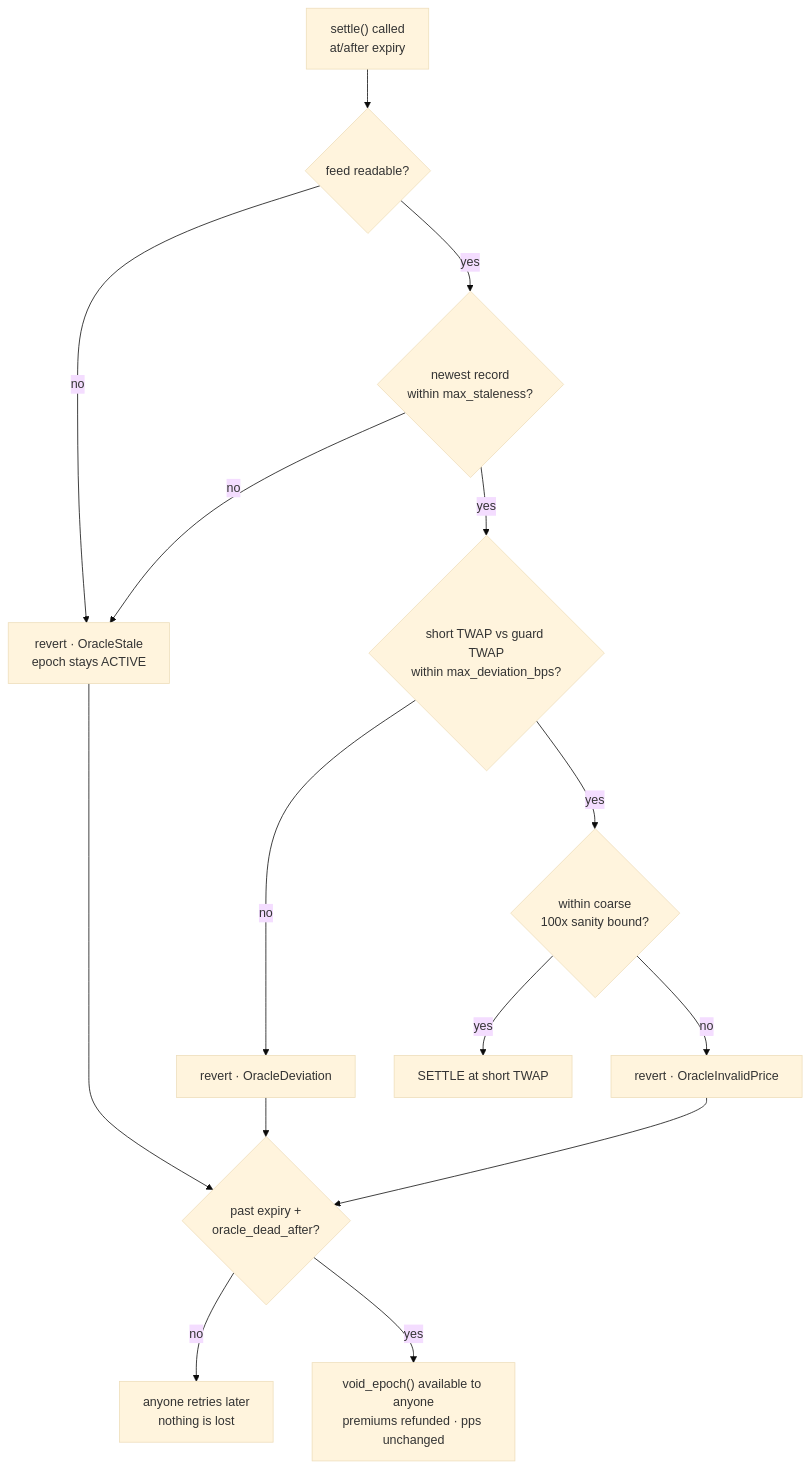
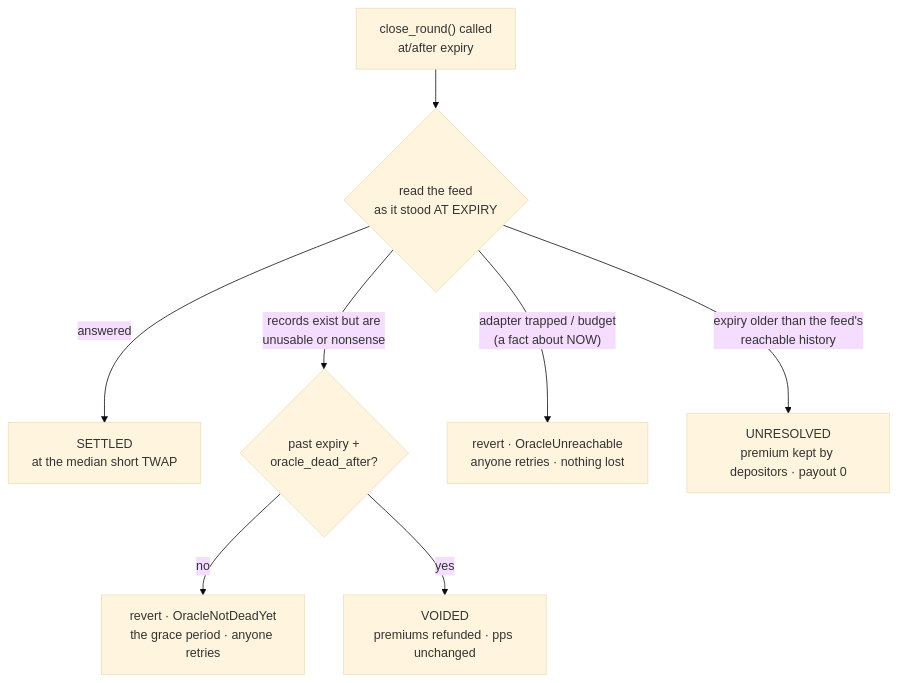
The second of 2 diagrams in docs/ARCHITECTURE.md (tamerrarda/Antares), drawn with Mermaid (base theme) before and after one commit. The commit also changed other lines of this file and 8 other files, not shown here.

````diff
--- a/docs/ARCHITECTURE.md
+++ b/docs/ARCHITECTURE.md
@@ -234,18 +263,10 @@
 ```mermaid
 flowchart TD
-    A["settle() called<br/>at/after expiry"] --> B{"feed readable?"}
-    B -- no --> R1["revert · OracleStale<br/>epoch stays ACTIVE"]
-    B -- yes --> C{"newest record<br/>within max_staleness?"}
-    C -- no --> R1
-    C -- yes --> D{"short TWAP vs guard TWAP<br/>within max_deviation_bps?"}
-    D -- no --> R2["revert · OracleDeviation"]
-    D -- yes --> E{"within coarse<br/>100x sanity bound?"}
-    E -- no --> R3["revert · OracleInvalidPrice"]
-    E -- yes --> F["SETTLE at short TWAP"]
-
-    R1 --> G{"past expiry +<br/>oracle_dead_after?"}
-    R2 --> G
-    R3 --> G
-    G -- no --> H["anyone retries later<br/>nothing is lost"]
-    G -- yes --> I["void_epoch() available to anyone<br/>premiums refunded · pps unchanged"]
+    A["close_round() called<br/>at/after expiry"] --> B{"read the feed<br/>as it stood AT EXPIRY"}
+    B -- "answered" --> F["SETTLED<br/>at the median short TWAP"]
+    B -- "records exist but are<br/>unusable or nonsense" --> G{"past expiry +<br/>oracle_dead_after?"}
+    B -- "adapter trapped / budget<br/>(a fact about NOW)" --> H["revert · OracleUnreachable<br/>anyone retries · nothing lost"]
+    B -- "expiry older than the feed's<br/>reachable history" --> J["UNRESOLVED<br/>premium kept by depositors · payout 0"]
+    G -- no --> K["revert · OracleNotDeadYet<br/>the grace period · anyone retries"]
+    G -- yes --> I["VOIDED<br/>premiums refunded · pps unchanged"]
 ```
````
